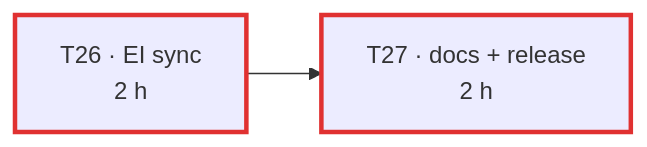
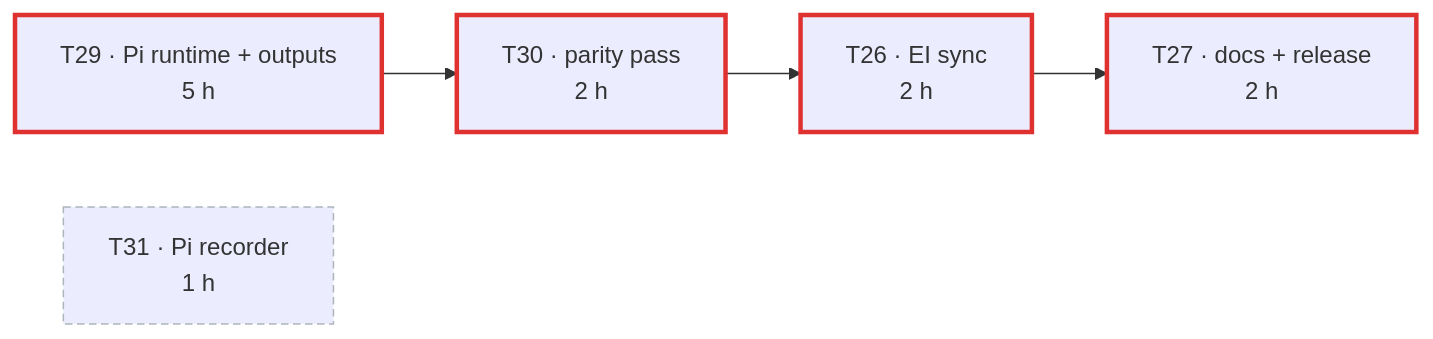
The diagram in .ai/sdd/specs/005-archived/tasks.md (franzemil/ultron), drawn with Mermaid before and after one commit. The commit also changed other lines of this file and 11 other files, not shown here.

````diff
--- a/.ai/sdd/specs/005-archived/tasks.md
+++ b/.ai/sdd/specs/005-archived/tasks.md
@@ -23,6 +30,11 @@
 ```mermaid
 flowchart LR
-    T26["T26 · EI sync<br/>2 h"] --> T27["T27 · docs + release<br/>2 h"]
+    T29["T29 · Pi runtime + outputs<br/>5 h"] --> T30["T30 · parity pass<br/>2 h"]
+    T31["T31 · Pi recorder<br/>1 h"]
+    T30 --> T26["T26 · EI sync<br/>2 h"]
+    T26 --> T27["T27 · docs + release<br/>2 h"]
     classDef crit stroke:#e03131,stroke-width:3px
-    class T26,T27 crit
+    classDef off stroke:#adb5bd,stroke-dasharray:5 3
+    class T29,T30,T26,T27 crit
+    class T31 off
 ```
````
